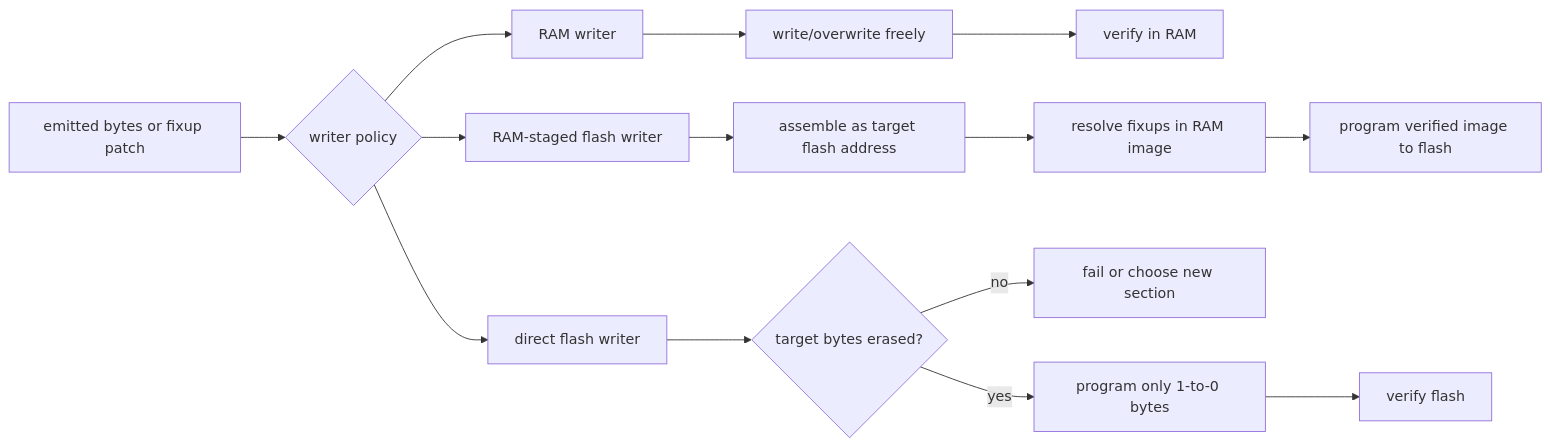
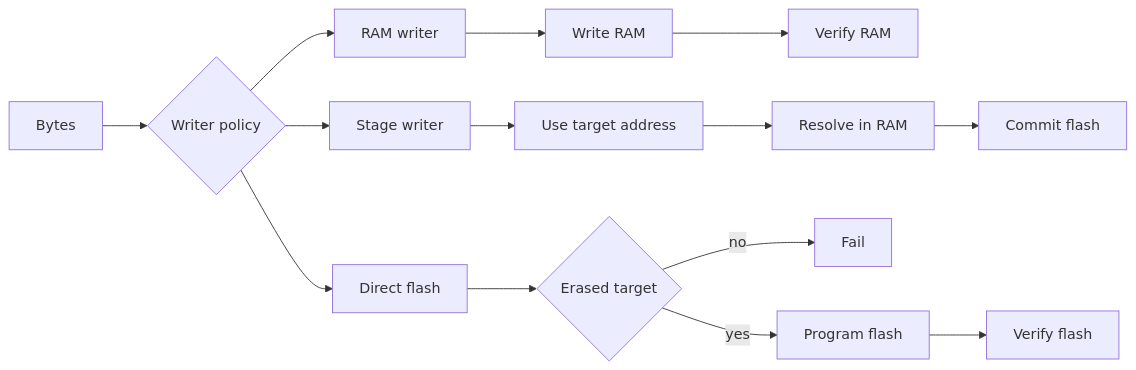
The fourth of 6 diagrams in DOC/GUIDES/ASM/HASHED_ASM.md (95westus/R-YORS), drawn with Mermaid before and after one commit. The commit also changed other lines of this file and 6 other files, not shown here.

````diff
--- a/DOC/GUIDES/ASM/HASHED_ASM.md
+++ b/DOC/GUIDES/ASM/HASHED_ASM.md
@@ -327,19 +2244,31 @@
 ```mermaid
 flowchart LR
-    BYTES[emitted bytes or fixup patch] --> WRITER{writer policy}
+    BYTES[Bytes]
+    WRITER{Writer policy}
+    RAM[RAM writer]
+    RAMWRITE[Write RAM]
+    RAMVERIFY[Verify RAM]
+    STAGE[Stage writer]
+    STAGEADDR[Use target address]
+    STAGEFIX[Resolve in RAM]
+    FLASHCOMMIT[Commit flash]
+    DIRECT[Direct flash]
+    ERASED{Erased target}
+    DIRECTFAIL[Fail]
+    PROGRAM[Program flash]
+    FLASHVERIFY[Verify flash]
 
-    WRITER --> RAM[RAM writer]
-    RAM --> RAM_WRITE[write/overwrite freely]
-    RAM_WRITE --> RAM_VERIFY[verify in RAM]
-
-    WRITER --> STAGE[RAM-staged flash writer]
-    STAGE --> STAGE_ADDR[assemble as target flash address]
-    STAGE_ADDR --> STAGE_FIX[resolve fixups in RAM image]
-    STAGE_FIX --> FLASH_COMMIT[program verified image to flash]
-
-    WRITER --> DIRECT[direct flash writer]
-    DIRECT --> ERASED{target bytes erased?}
-    ERASED -->|no| DIRECT_FAIL[fail or choose new section]
-    ERASED -->|yes| PROGRAM[program only 1-to-0 bytes]
-    PROGRAM --> FLASH_VERIFY[verify flash]
+    BYTES --> WRITER
+    WRITER --> RAM
+    RAM --> RAMWRITE
+    RAMWRITE --> RAMVERIFY
+    WRITER --> STAGE
+    STAGE --> STAGEADDR
+    STAGEADDR --> STAGEFIX
+    STAGEFIX --> FLASHCOMMIT
+    WRITER --> DIRECT
+    DIRECT --> ERASED
+    ERASED -->|no| DIRECTFAIL
+    ERASED -->|yes| PROGRAM
+    PROGRAM --> FLASHVERIFY
 ```
````
